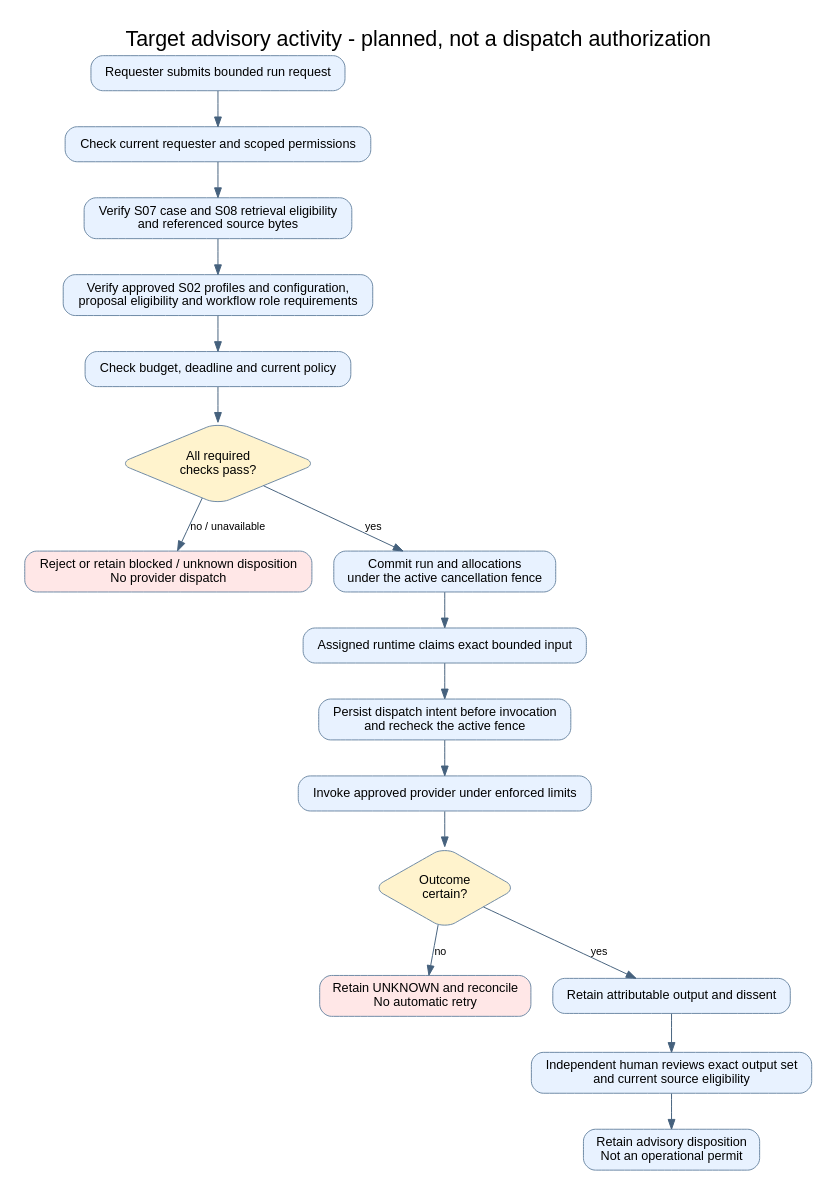
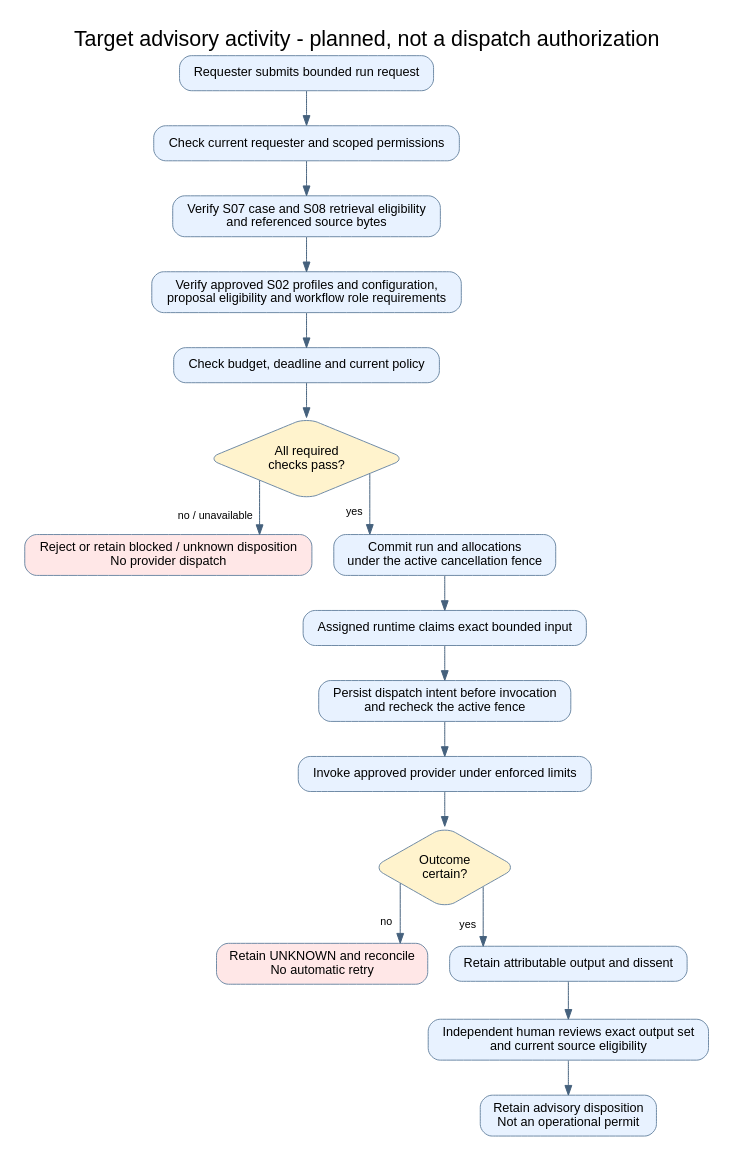
Before and after one commit to fenoch4real/uacrf-unified-adaptive-cloud-resilience-framework: the diagram in design/ms01/diagrams/advisory_activity.dot, drawn with Graphviz. The commit also changed 24 other files, not shown here.

Commit message:
Improve activity and sequence diagram label spacing

```diff
--- a/design/ms01/diagrams/advisory_activity.dot
+++ b/design/ms01/diagrams/advisory_activity.dot
@@ -1,28 +1,28 @@
 digraph AdvisoryActivity {
-  graph [label="Target advisory activity - planned, not a dispatch authorization", labelloc=t, fontsize=22, fontname="Arial", rankdir=TB, bgcolor="white", pad=0.25, nodesep=0.3];
+  graph [label="Target advisory activity - planned, not a dispatch authorization", labelloc=t, fontsize=22, fontname="Arial", rankdir=TB, bgcolor="white", pad=0.25, nodesep=0.3, splines=ortho];
   node [shape=box, style="rounded,filled", fillcolor="#e8f2ff", color="#6d89a5", fontname="Arial", fontsize=13, margin="0.14,0.10"];
   edge [fontname="Arial", fontsize=11, color="#45617d"];
   start [label="Requester submits bounded run request"];
   access [label="Check current requester and scoped permissions"];
   sources [label="Verify S07 case and S08 retrieval eligibility\nand referenced source bytes"];
   profiles [label="Verify approved S02 profiles and configuration,\nproposal eligibility and workflow role requirements"];
   limits [label="Check budget, deadline and current policy"];
   gate [shape=diamond, label="All required\nchecks pass?", fillcolor="#fff3cd"];
   stop [label="Reject or retain blocked / unknown disposition\nNo provider dispatch", fillcolor="#ffe7e7"];
   admit [label="Commit run and allocations\nunder the active cancellation fence"];
   claim [label="Assigned runtime claims exact bounded input"];
   intent [label="Persist dispatch intent before invocation\nand recheck the active fence"];
   dispatch [label="Invoke approved provider under enforced limits"];
   outcome [shape=diamond, label="Outcome\ncertain?", fillcolor="#fff3cd"];
   reconcile [label="Retain UNKNOWN and reconcile\nNo automatic retry", fillcolor="#ffe7e7"];
   retain [label="Retain attributable output and dissent"];
   review [label="Independent human reviews exact output set\nand current source eligibility"];
   advisory [label="Retain advisory disposition\nNot an operational permit"];
   start -> access -> sources -> profiles -> limits -> gate;
-  gate -> stop [label="no / unavailable"];
-  gate -> admit [label="yes"];
+  gate -> stop [xlabel=<<TABLE BORDER="0" CELLBORDER="0" CELLPADDING="6"><TR><TD>no / unavailable</TD></TR></TABLE>>];
+  gate -> admit [xlabel=<<TABLE BORDER="0" CELLBORDER="0" CELLPADDING="6"><TR><TD>yes</TD></TR></TABLE>>];
   admit -> claim -> intent -> dispatch -> outcome;
-  outcome -> reconcile [label="no"];
-  outcome -> retain [label="yes"];
+  outcome -> reconcile [xlabel=<<TABLE BORDER="0" CELLBORDER="0" CELLPADDING="6"><TR><TD>no</TD></TR></TABLE>>];
+  outcome -> retain [xlabel=<<TABLE BORDER="0" CELLBORDER="0" CELLPADDING="6"><TR><TD>yes</TD></TR></TABLE>>];
   retain -> review -> advisory;
 }
```
